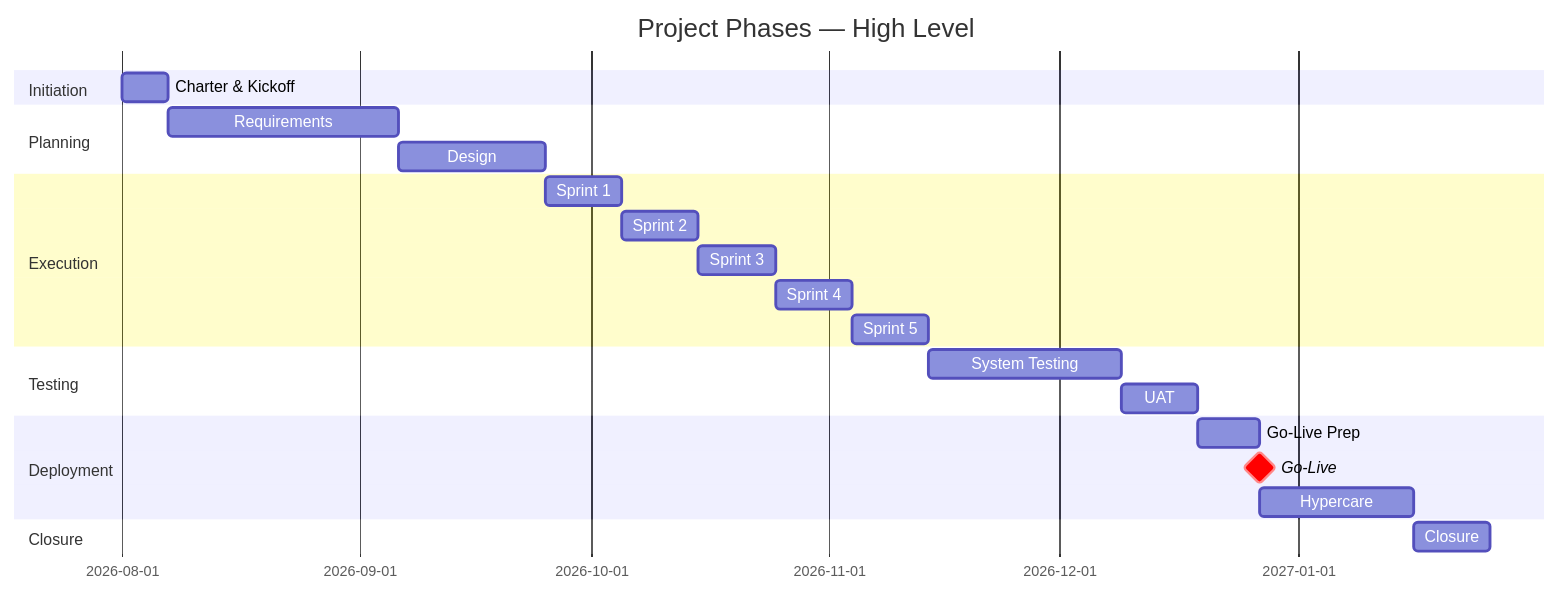
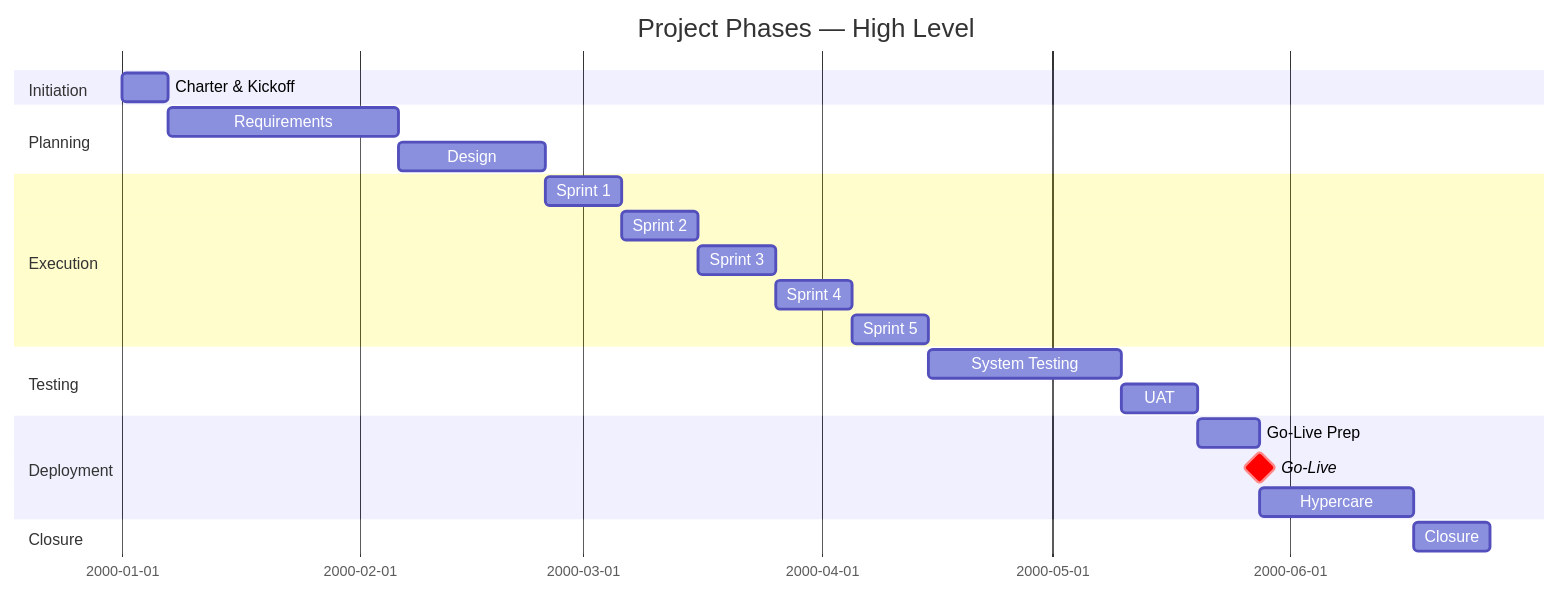
Before and after one commit to oat431/swe-knowledge: the second of 6 diagrams in document-template/06_Project_Management_Executing_and_MC/Gantt-Chart-Schedule.md, drawn with Mermaid. The commit also changed other lines of this file and 56 other files, not shown here.

````diff
--- a/document-template/06_Project_Management_Executing_and_MC/Gantt-Chart-Schedule.md
+++ b/document-template/06_Project_Management_Executing_and_MC/Gantt-Chart-Schedule.md
@@ -104,31 +105,32 @@
 ```mermaid
 gantt
     title Project Phases — High Level
     dateFormat YYYY-MM-DD
+    %% Placeholder schedule: base 2000-01-01 = project start; recompute real dates when instantiating
 
     section Initiation
-    Charter & Kickoff         :a1, 2026-08-01, 6d
+    Charter & Kickoff         :a1, 2000-01-01, 6d
 
     section Planning
     Requirements              :b1, after a1, 30d
     Design                    :b2, after b1, 19d
 
     section Execution
     Sprint 1                  :c1, after b2, 10d
     Sprint 2                  :c2, after c1, 10d
     Sprint 3                  :c3, after c2, 10d
     Sprint 4                  :c4, after c3, 10d
     Sprint 5                  :c5, after c4, 10d
 
     section Testing
     System Testing            :d1, after c5, 25d
     UAT                       :d2, after d1, 10d
 
     section Deployment
     Go-Live Prep              :e1, after d2, 8d
     Go-Live                   :milestone, crit, after e1, 0d
     Hypercare                 :e2, after e1, 20d
 
     section Closure
     Closure                   :f1, after e2, 10d
 ```
````
